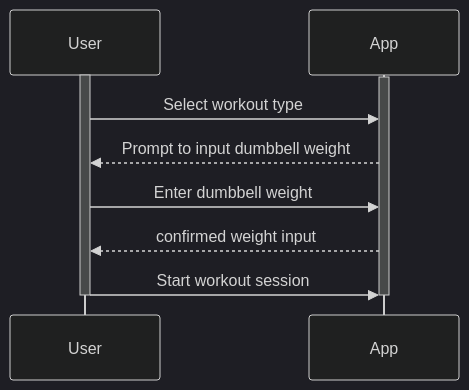
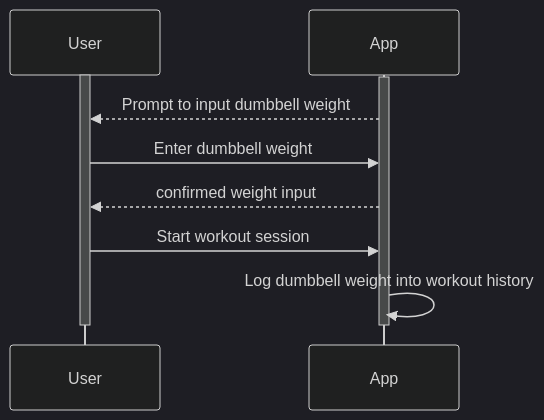
One commit to Capstone-Projects-2024-Spring/project-smartweights changed the fifth of 12 diagrams in documentation/docs/system-architecture/sequence-diagrams.md. Above: the diagram before and after it, drawn with Mermaid (dark theme). The commit also changed other lines of this file, not shown here.

````diff
--- a/documentation/docs/system-architecture/sequence-diagrams.md
+++ b/documentation/docs/system-architecture/sequence-diagrams.md
@@ -237,17 +164,17 @@
 ```mermaid 
 sequenceDiagram
     participant User
     participant App
 
     activate User
     activate App
-    User->>App: Select workout type
     App-->>User: Prompt to input dumbbell weight
     User->>App: Enter dumbbell weight
     App-->>User: confirmed weight input
     User->>App: Start workout session
+    App->>App: Log dumbbell weight into workout history
 
     deactivate User
     deactivate App
     
 ```
````
